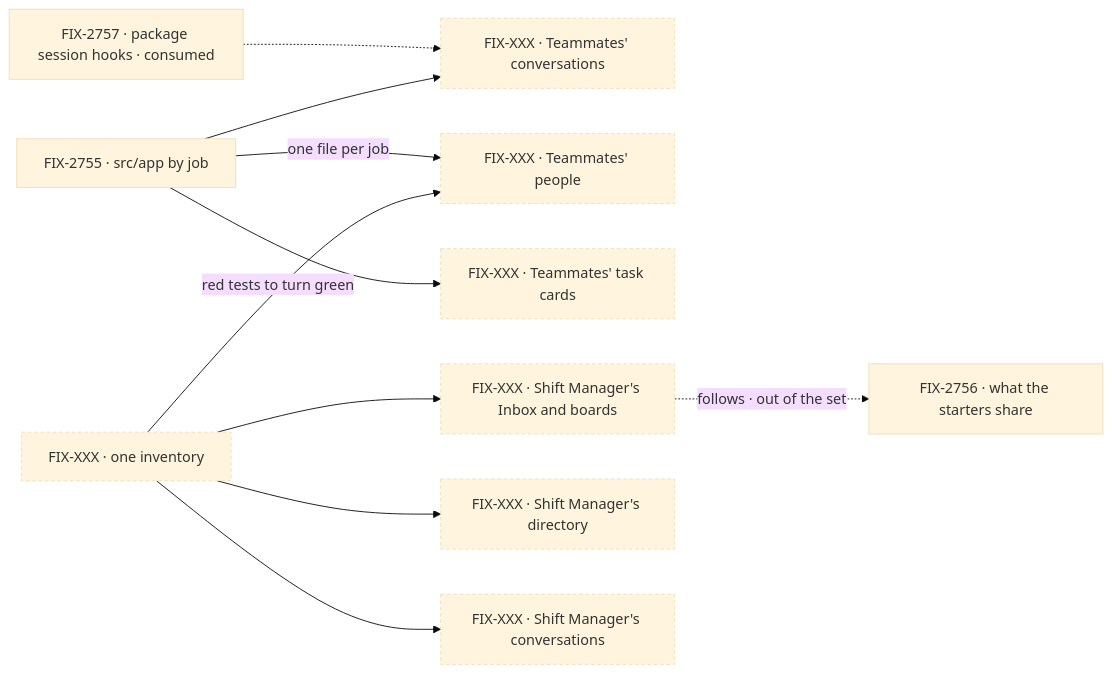
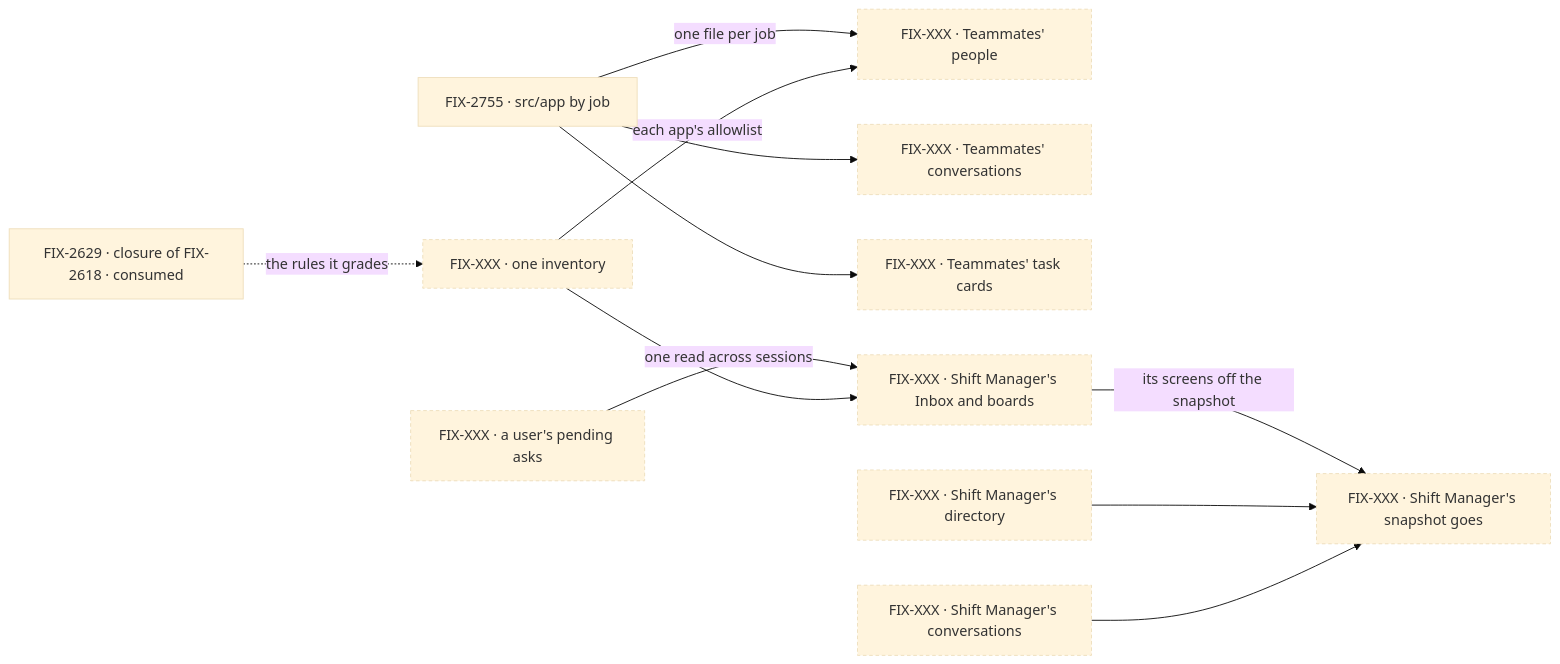
The second of 2 diagrams in specs/epics/FIX-2683/SPEC.md (fixpoint-labs/flow-state-dev), drawn with Mermaid (base theme) before and after one commit. The commit also changed other lines of this file and 5 other files, not shown here.

First line of the commit message:
spec(epic): FIX-2683 review round 1: asks read at the source, inventory ratchet, ordered snapshot deletion

````diff
--- a/specs/epics/FIX-2683/SPEC.md
+++ b/specs/epics/FIX-2683/SPEC.md
@@ -93,14 +96,15 @@
 ```mermaid
 flowchart LR
-  H["FIX-2757 · package session hooks · consumed"] -.-> T2
+  X["FIX-2629 · closure of FIX-2618 · consumed"] -.->|"the rules it grades"| R["FIX-XXX · one inventory"]
   L["FIX-2755 · src/app by job"] -->|"one file per job"| T1["FIX-XXX · Teammates' people"]
   L --> T2["FIX-XXX · Teammates' conversations"]
   L --> T3["FIX-XXX · Teammates' task cards"]
-  R["FIX-XXX · one inventory"] -->|"red tests to turn green"| T1
-  R --> S1["FIX-XXX · Shift Manager's Inbox and boards"]
-  R --> S2["FIX-XXX · Shift Manager's directory"]
-  R --> S3["FIX-XXX · Shift Manager's conversations"]
-  S1 -.->|"follows · out of the set"| N["FIX-2756 · what the starters share"]
+  R -->|"each app's allowlist"| T1
+  A["FIX-XXX · a user's pending asks"] -->|"one read across sessions"| S1["FIX-XXX · Shift Manager's Inbox and boards"]
+  R --> S1
+  S1 -->|"its screens off the snapshot"| S4["FIX-XXX · Shift Manager's snapshot goes"]
+  S2["FIX-XXX · Shift Manager's directory"] --> S4
+  S3["FIX-XXX · Shift Manager's conversations"] --> S4
   classDef proposed stroke-dasharray:4 3
-  class T1,T2,T3,R,S1,S2,S3 proposed
+  class R,A,T1,T2,T3,S1,S2,S3,S4 proposed
 ```
````
